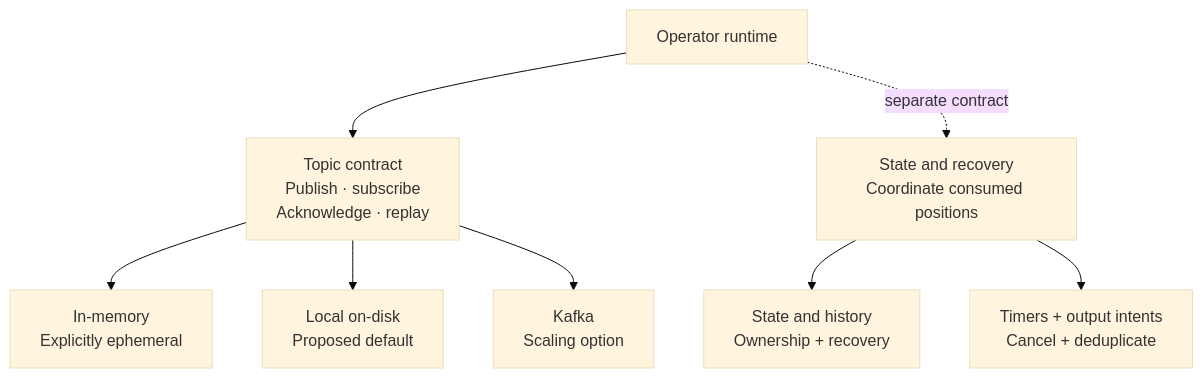
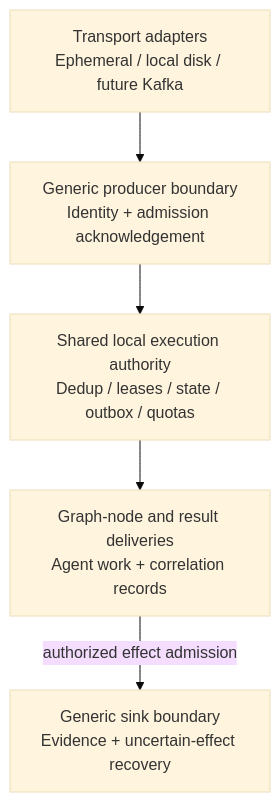
Before and after one commit to CitizenBean/brook: the diagram in docs/diagrams/transport-boundary.mmd, drawn with Mermaid (base theme). The commit also changed 11 other files, not shown here.

Commit message:
docs: align architecture with unified graph execution plan

```diff
--- a/docs/diagrams/transport-boundary.mmd
+++ b/docs/diagrams/transport-boundary.mmd
@@ -1,18 +1,12 @@
 flowchart TB
-    accTitle: Brook transport boundary
-    accDescr: Operators use a common topic contract backed by one selected in-memory, local disk, or Kafka implementation. State, timers, and output intents need a separate recovery contract coordinated with consumed positions.
-    runtime["Operator runtime"]
-    topics["Topic contract<br/>Publish · subscribe<br/>Acknowledge · replay"]
-    memory["In-memory<br/>Explicitly ephemeral"]
-    disk["Local on-disk<br/>Proposed default"]
-    kafka["Kafka<br/>Scaling option"]
-    recovery["State and recovery<br/>Coordinate consumed positions"]
-    state["State and history<br/>Ownership + recovery"]
-    effects["Timers + output intents<br/>Cancel + deduplicate"]
-    runtime --> topics
-    topics --> memory
-    topics --> disk
-    topics --> kafka
-    runtime -.->|separate contract| recovery
-    recovery --> state
-    recovery --> effects
+    accTitle: Brook transport and execution authority
+    accDescr: Transport adapters expose their durability capabilities. One local execution authority coordinates admission, work state, outbox and recovery; generic sinks report external effect outcomes.
+    backend["Transport adapters<br/>Ephemeral / local disk / future Kafka"]
+    ingress["Generic producer boundary<br/>Identity + admission acknowledgement"]
+    authority["Shared local execution authority<br/>Dedup / leases / state / outbox / quotas"]
+    delivery["Graph-node and result deliveries<br/>Agent work + correlation records"]
+    sink["Generic sink boundary<br/>Evidence + uncertain-effect recovery"]
+    backend --> ingress
+    ingress --> authority
+    authority --> delivery
+    delivery -->|authorized effect admission| sink
```
